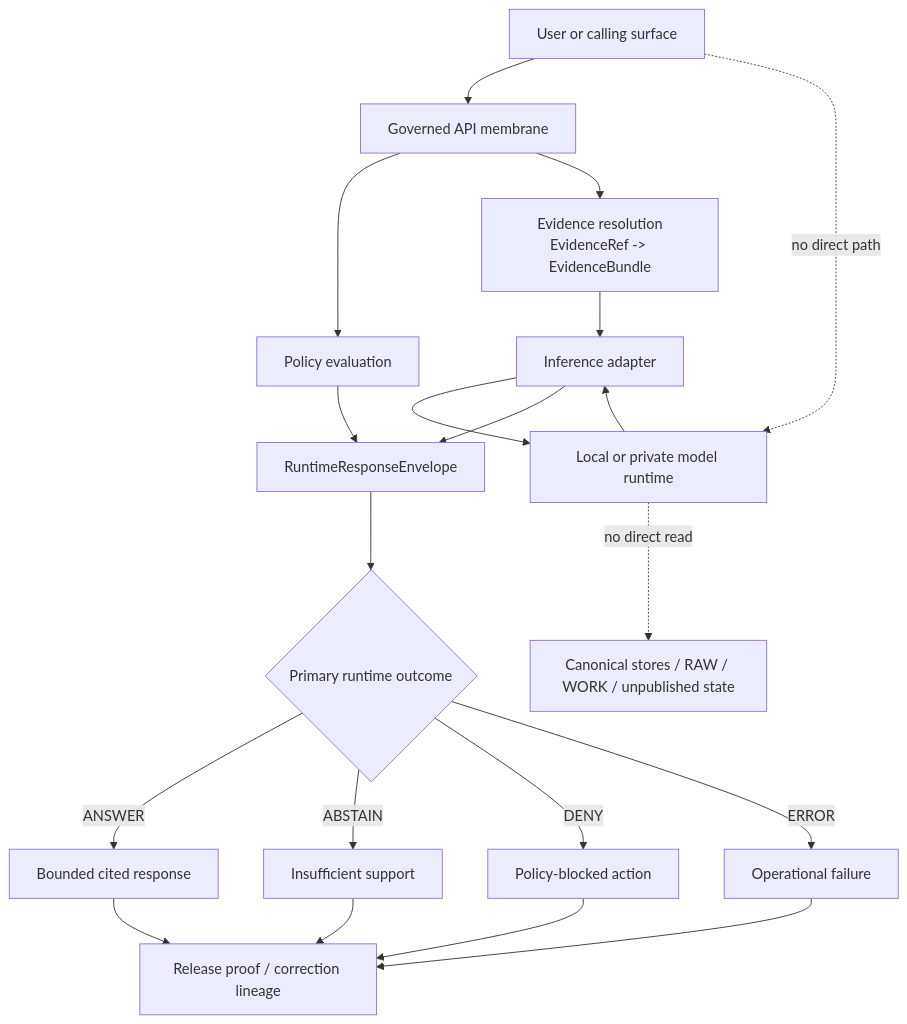
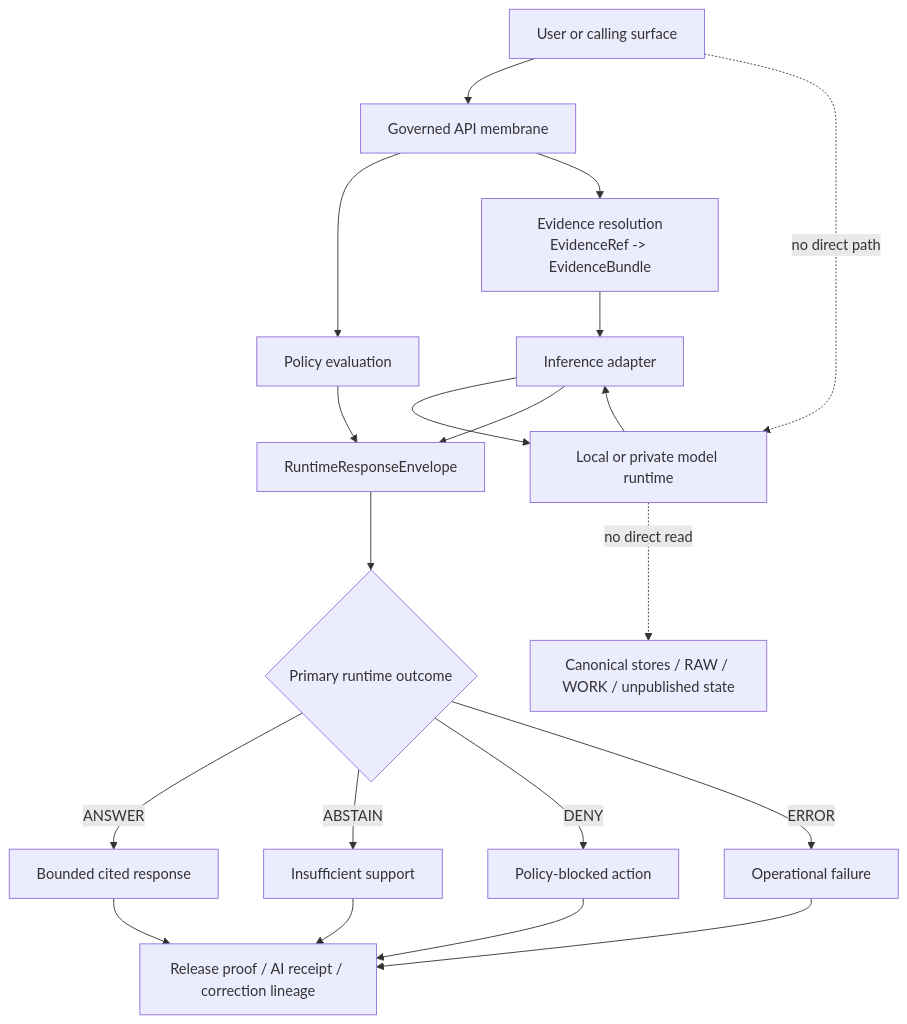
The diagram in docs/security/ai-supply-chain/README.md (bartytime4life/Kansas-Frontier-Matrix), drawn with Mermaid before and after one commit. The commit also changed other lines of this file, not shown here.

````diff
--- a/docs/security/ai-supply-chain/README.md
+++ b/docs/security/ai-supply-chain/README.md
@@ -241,23 +269,23 @@
 ```mermaid
 flowchart TD
     U[User or calling surface] --> API[Governed API membrane]
     API --> POL[Policy evaluation]
     API --> EV[Evidence resolution<br/>EvidenceRef -> EvidenceBundle]
     EV --> ADAPT[Inference adapter]
     ADAPT --> MODEL[Local or private model runtime]
     MODEL --> ADAPT
     ADAPT --> ENV[RuntimeResponseEnvelope]
     POL --> ENV
     ENV --> OUT{Primary runtime outcome}
     OUT -->|ANSWER| A[Bounded cited response]
     OUT -->|ABSTAIN| B[Insufficient support]
     OUT -->|DENY| C[Policy-blocked action]
     OUT -->|ERROR| D[Operational failure]
-    A --> PUB[Release proof / correction lineage]
-    B --> PUB
-    C --> PUB
-    D --> PUB
+    A --> PROOF[Release proof / AI receipt / correction lineage]
+    B --> PROOF
+    C --> PROOF
+    D --> PROOF
 
     U -. no direct path .-> MODEL
     MODEL -. no direct read .-> CANON[Canonical stores / RAW / WORK / unpublished state]
 ```
````
